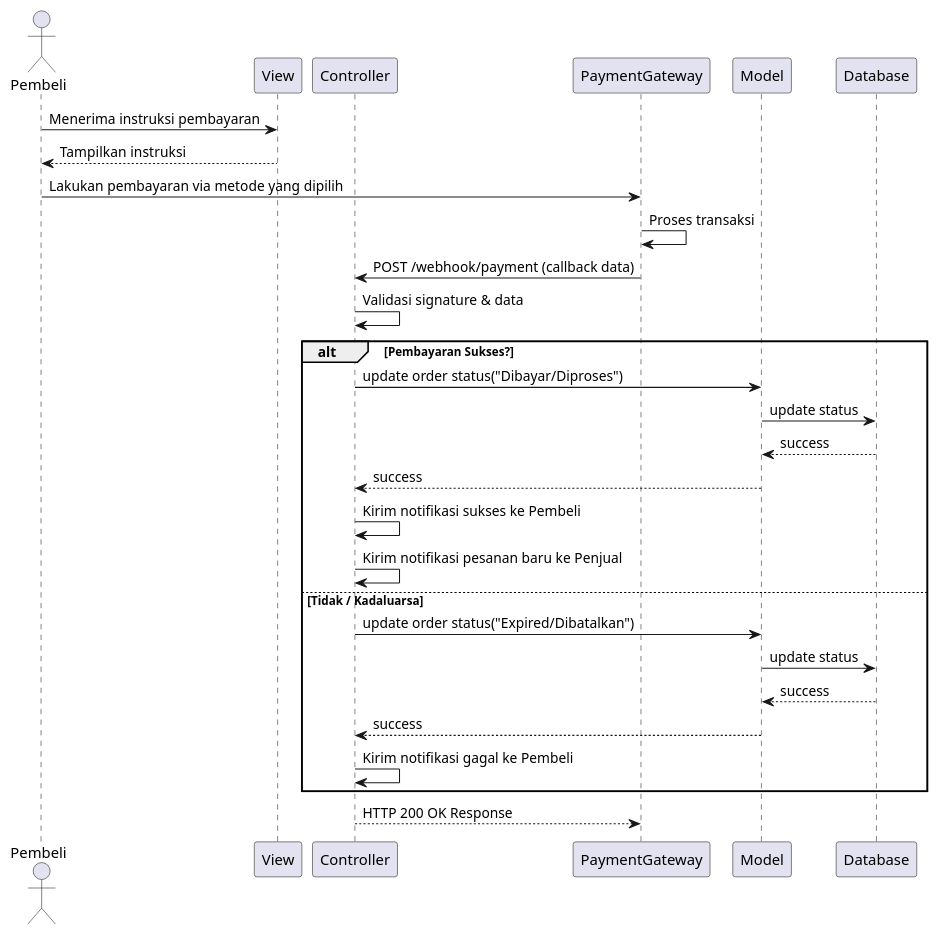
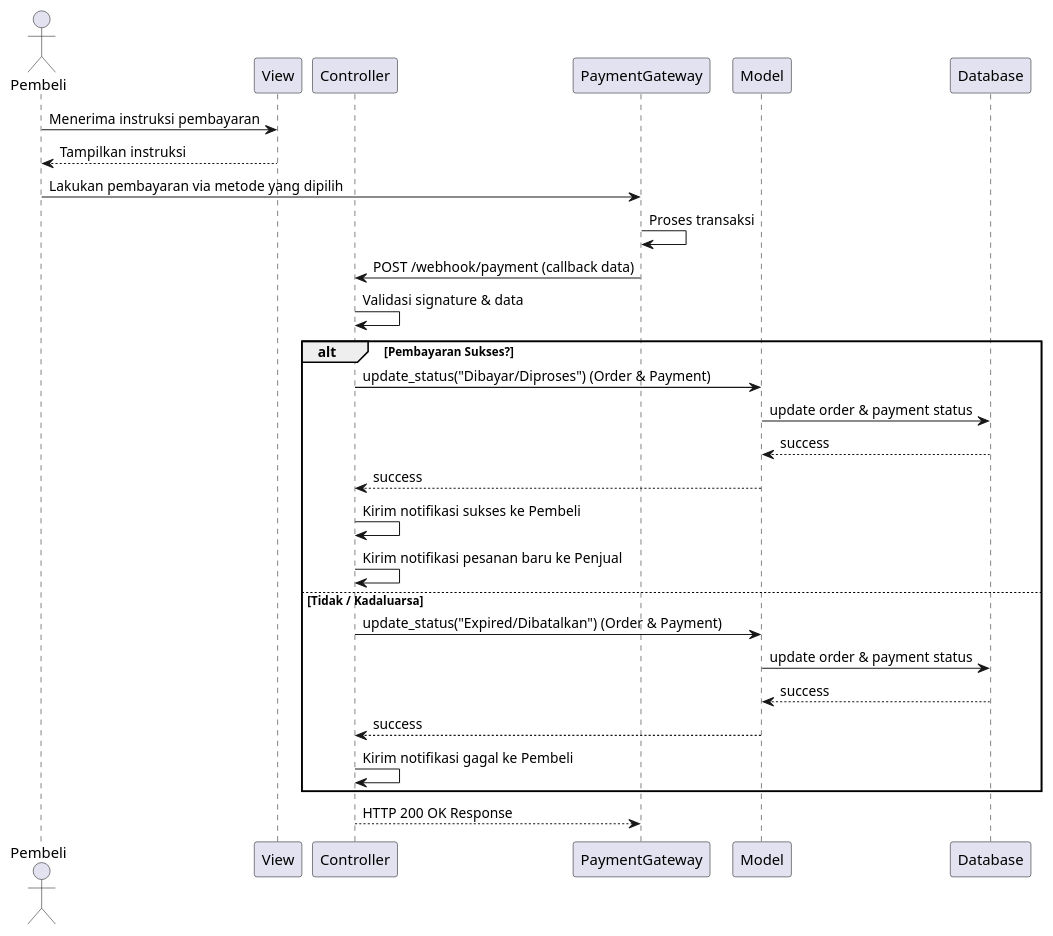
The diagram in docs/uml/sequence-pay.puml (GitSyah111/toko-umkm-app), drawn with PlantUML before and after one commit. The commit also changed 35 other files, not shown here.

First line of the commit message:
feat: add database schema, seeders, and wishlist entity

```diff
--- a/docs/uml/sequence-pay.puml
+++ b/docs/uml/sequence-pay.puml
@@ -1,34 +1,34 @@
 @startuml
 actor Pembeli
 participant View
 participant Controller
 participant PaymentGateway
 participant Model
 participant Database
 
 Pembeli -> View : Menerima instruksi pembayaran
 View --> Pembeli : Tampilkan instruksi
 
 Pembeli -> PaymentGateway : Lakukan pembayaran via metode yang dipilih
 PaymentGateway -> PaymentGateway : Proses transaksi
 
 PaymentGateway -> Controller : POST /webhook/payment (callback data)
 Controller -> Controller : Validasi signature & data
 
 alt Pembayaran Sukses?
-    Controller -> Model : update order status("Dibayar/Diproses")
-    Model -> Database : update status
+    Controller -> Model : update_status("Dibayar/Diproses") (Order & Payment)
+    Model -> Database : update order & payment status
     Database --> Model : success
     Model --> Controller : success
     Controller -> Controller : Kirim notifikasi sukses ke Pembeli
     Controller -> Controller : Kirim notifikasi pesanan baru ke Penjual
 else Tidak / Kadaluarsa
-    Controller -> Model : update order status("Expired/Dibatalkan")
-    Model -> Database : update status
+    Controller -> Model : update_status("Expired/Dibatalkan") (Order & Payment)
+    Model -> Database : update order & payment status
     Database --> Model : success
     Model --> Controller : success
     Controller -> Controller : Kirim notifikasi gagal ke Pembeli
 end
 
 Controller --> PaymentGateway : HTTP 200 OK Response
 @enduml
```
